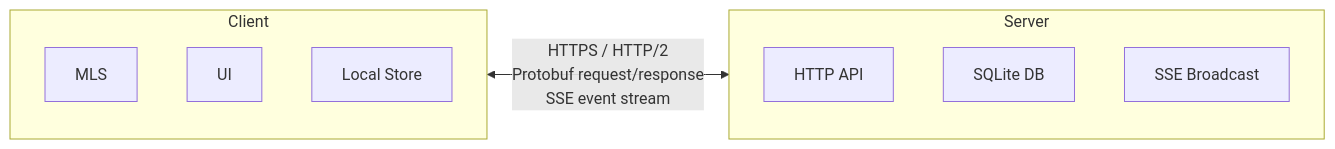
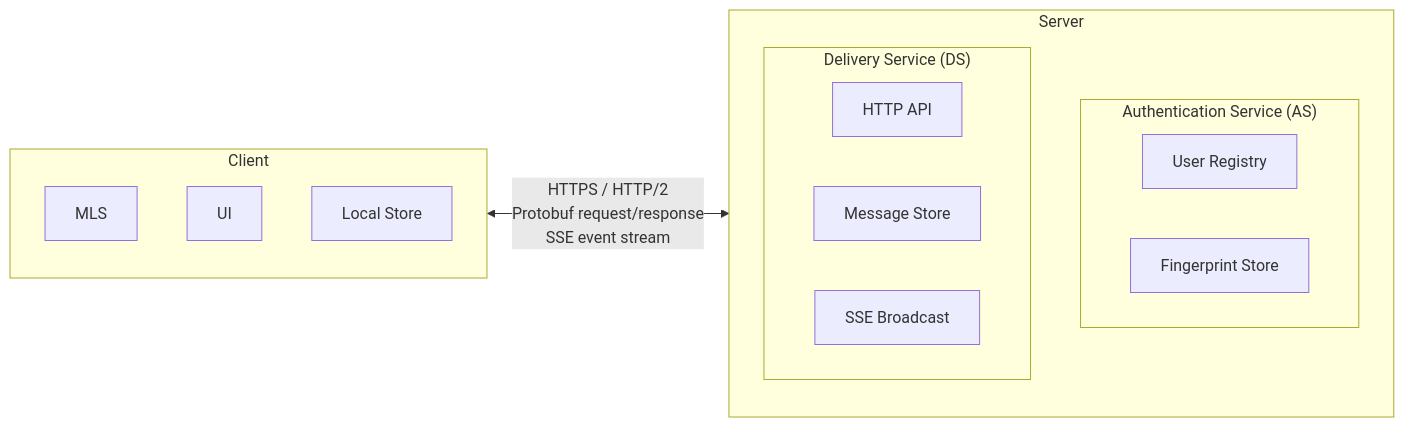
One commit to k4yt3x/conclave changed the diagram in docs/spec/src/architecture/overview.md. Above: the diagram before and after it, drawn with Mermaid. The commit also changed other lines of this file and 5 other files, not shown here.

````diff
--- a/docs/spec/src/architecture/overview.md
+++ b/docs/spec/src/architecture/overview.md
@@ -7,16 +7,22 @@
 ```mermaid
 graph LR
     subgraph Client
         MLS[MLS]
         UI[UI]
         Store[Local Store]
     end
 
     subgraph Server
-        API[HTTP API]
-        DB[SQLite DB]
-        SSE[SSE Broadcast]
+        subgraph AS ["Authentication Service (AS)"]
+            Auth[User Registry]
+            FP[Fingerprint Store]
+        end
+        subgraph DS ["Delivery Service (DS)"]
+            API[HTTP API]
+            DB[Message Store]
+            SSE[SSE Broadcast]
+        end
     end
 
     Client <-->|"HTTPS / HTTP/2<br>Protobuf request/response<br>SSE event stream"| Server
 ```
````
